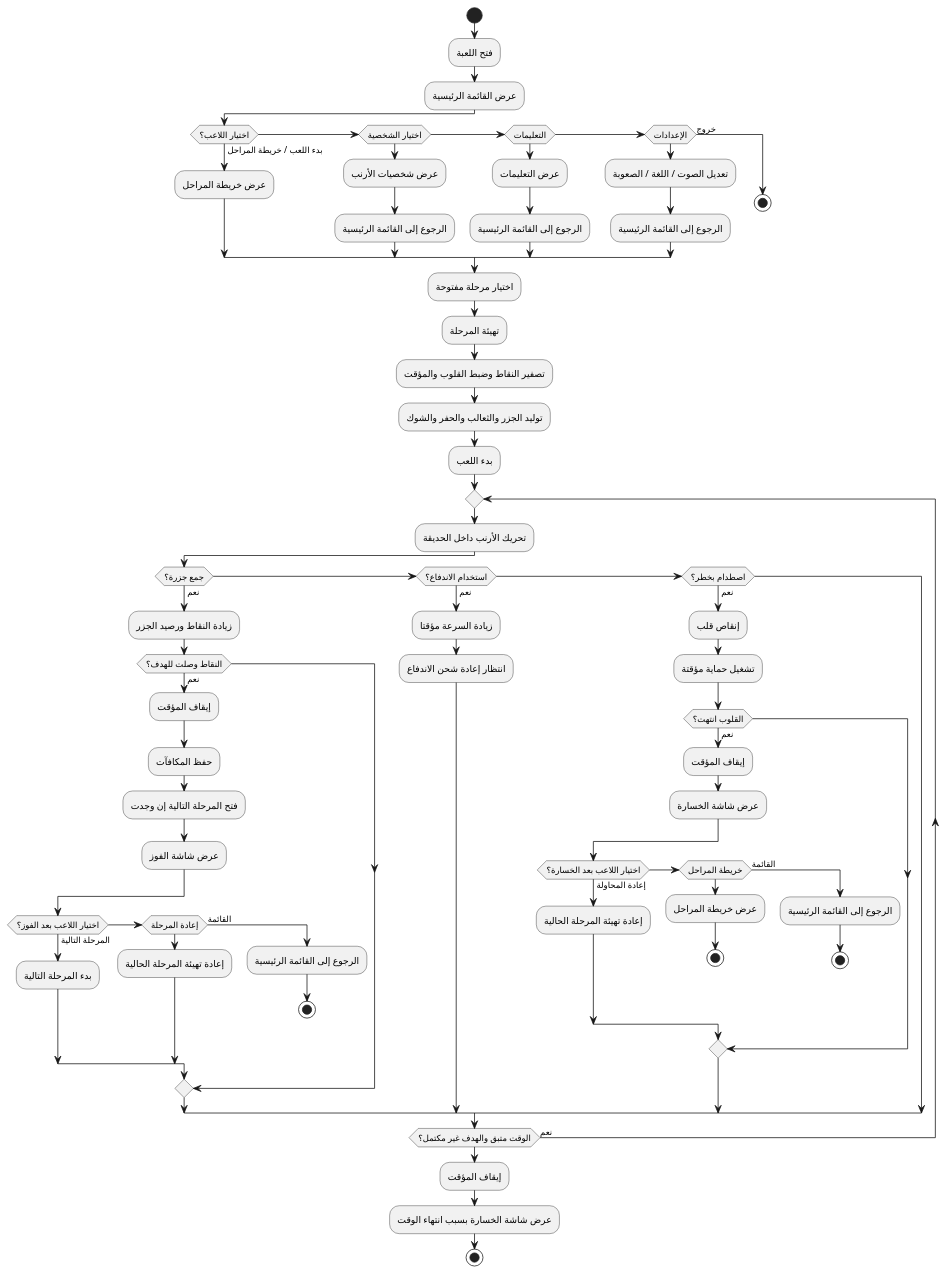
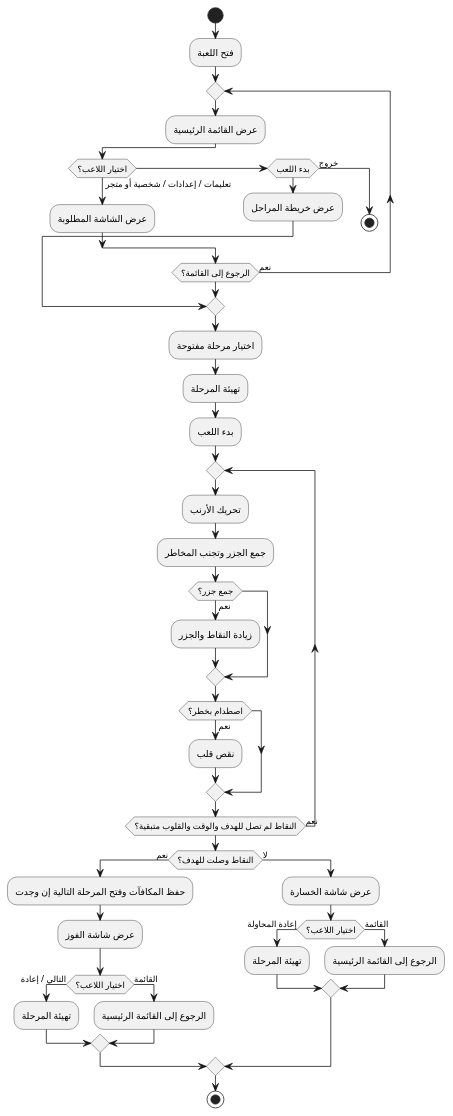
One commit to hamzabasem900-source/RUBBY changed the second of 2 diagrams in ACTIVITY_DIAGRAM_AR.md. Above: the diagram before and after it, drawn with PlantUML. The commit also changed other lines of this file, not shown here.

Commit message:
Simplify Arabic activity diagram

````diff
--- a/ACTIVITY_DIAGRAM_AR.md
+++ b/ACTIVITY_DIAGRAM_AR.md
@@ -87,74 +62,56 @@
 ```plantuml
 @startuml
 start
 :فتح اللعبة;
-:عرض القائمة الرئيسية;
 
-if (اختيار اللاعب؟) then (بدء اللعب / خريطة المراحل)
-  :عرض خريطة المراحل;
-elseif (اختيار الشخصية) then
-  :عرض شخصيات الأرنب;
-  :الرجوع إلى القائمة الرئيسية;
-elseif (التعليمات) then
-  :عرض التعليمات;
-  :الرجوع إلى القائمة الرئيسية;
-elseif (الإعدادات) then
-  :تعديل الصوت / اللغة / الصعوبة;
-  :الرجوع إلى القائمة الرئيسية;
-else (خروج)
-  stop
-endif
+repeat
+  :عرض القائمة الرئيسية;
+
+  if (اختيار اللاعب؟) then (تعليمات / إعدادات / شخصية أو متجر)
+    :عرض الشاشة المطلوبة;
+  elseif (بدء اللعب)
+    :عرض خريطة المراحل;
+    break
+  else (خروج)
+    stop
+  endif
+repeat while (الرجوع إلى القائمة؟) is (نعم)
 
 :اختيار مرحلة مفتوحة;
 :تهيئة المرحلة;
-:تصفير النقاط وضبط القلوب والمؤقت;
-:توليد الجزر والثعالب والحفر والشوك;
 :بدء اللعب;
 
 repeat
-  :تحريك الأرنب داخل الحديقة;
+  :تحريك الأرنب;
+  :جمع الجزر وتجنب المخاطر;
 
-  if (جمع جزرة؟) then (نعم)
-    :زيادة النقاط ورصيد الجزر;
-    if (النقاط وصلت للهدف؟) then (نعم)
-      :إيقاف المؤقت;
-      :حفظ المكافآت;
-      :فتح المرحلة التالية إن وجدت;
-      :عرض شاشة الفوز;
-      if (اختيار اللاعب بعد الفوز؟) then (المرحلة التالية)
-        :بدء المرحلة التالية;
-      elseif (إعادة المرحلة) then
-        :إعادة تهيئة المرحلة الحالية;
-      else (القائمة)
-        :الرجوع إلى القائمة الرئيسية;
-        stop
-      endif
-    endif
-  elseif (استخدام الاندفاع؟) then (نعم)
-    :زيادة السرعة مؤقتا;
-    :انتظار إعادة شحن الاندفاع;
-  elseif (اصطدام بخطر؟) then (نعم)
-    :إنقاص قلب;
-    :تشغيل حماية مؤقتة;
-    if (القلوب انتهت؟) then (نعم)
-      :إيقاف المؤقت;
-      :عرض شاشة الخسارة;
-      if (اختيار اللاعب بعد الخسارة؟) then (إعادة المحاولة)
-        :إعادة تهيئة المرحلة الحالية;
-      elseif (خريطة المراحل) then
-        :عرض خريطة المراحل;
-        stop
-      else (القائمة)
-        :الرجوع إلى القائمة الرئيسية;
-        stop
-      endif
-    endif
+  if (جمع جزر؟) then (نعم)
+    :زيادة النقاط والجزر;
   endif
 
-repeat while (الوقت متبق والهدف غير مكتمل؟) is (نعم)
+  if (اصطدام بخطر؟) then (نعم)
+    :نقص قلب;
+  endif
 
-:إيقاف المؤقت;
-:عرض شاشة الخسارة بسبب انتهاء الوقت;
+repeat while (النقاط لم تصل للهدف والوقت والقلوب متبقية؟) is (نعم)
+
+if (النقاط وصلت للهدف؟) then (نعم)
+  :حفظ المكافآت وفتح المرحلة التالية إن وجدت;
+  :عرض شاشة الفوز;
+  if (اختيار اللاعب؟) then (التالي / إعادة)
+    :تهيئة المرحلة;
+  else (القائمة)
+    :الرجوع إلى القائمة الرئيسية;
+  endif
+else (لا)
+  :عرض شاشة الخسارة;
+  if (اختيار اللاعب؟) then (إعادة المحاولة)
+    :تهيئة المرحلة;
+  else (القائمة)
+    :الرجوع إلى القائمة الرئيسية;
+  endif
+endif
+
 stop
 @enduml
 ```
````
